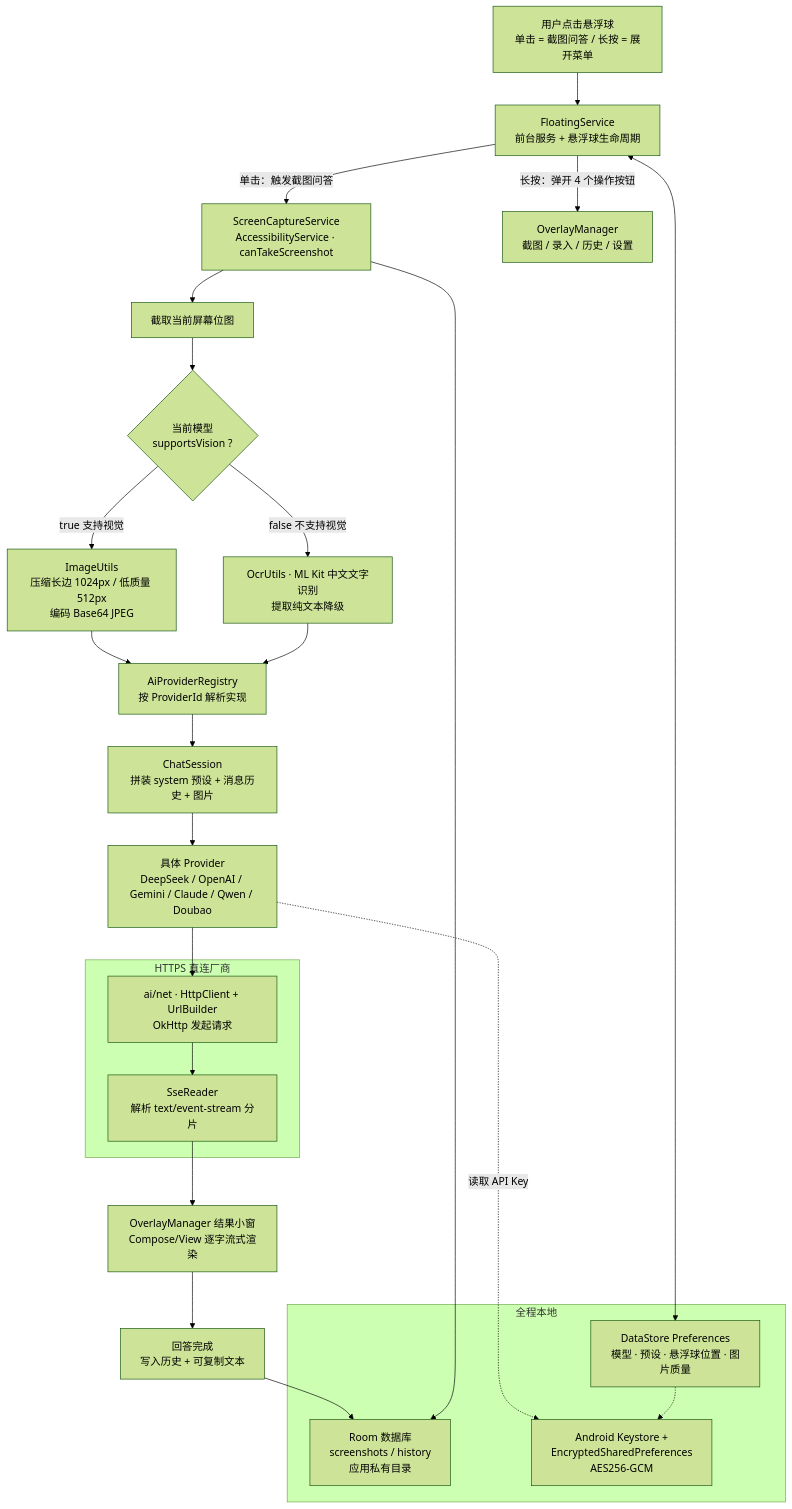
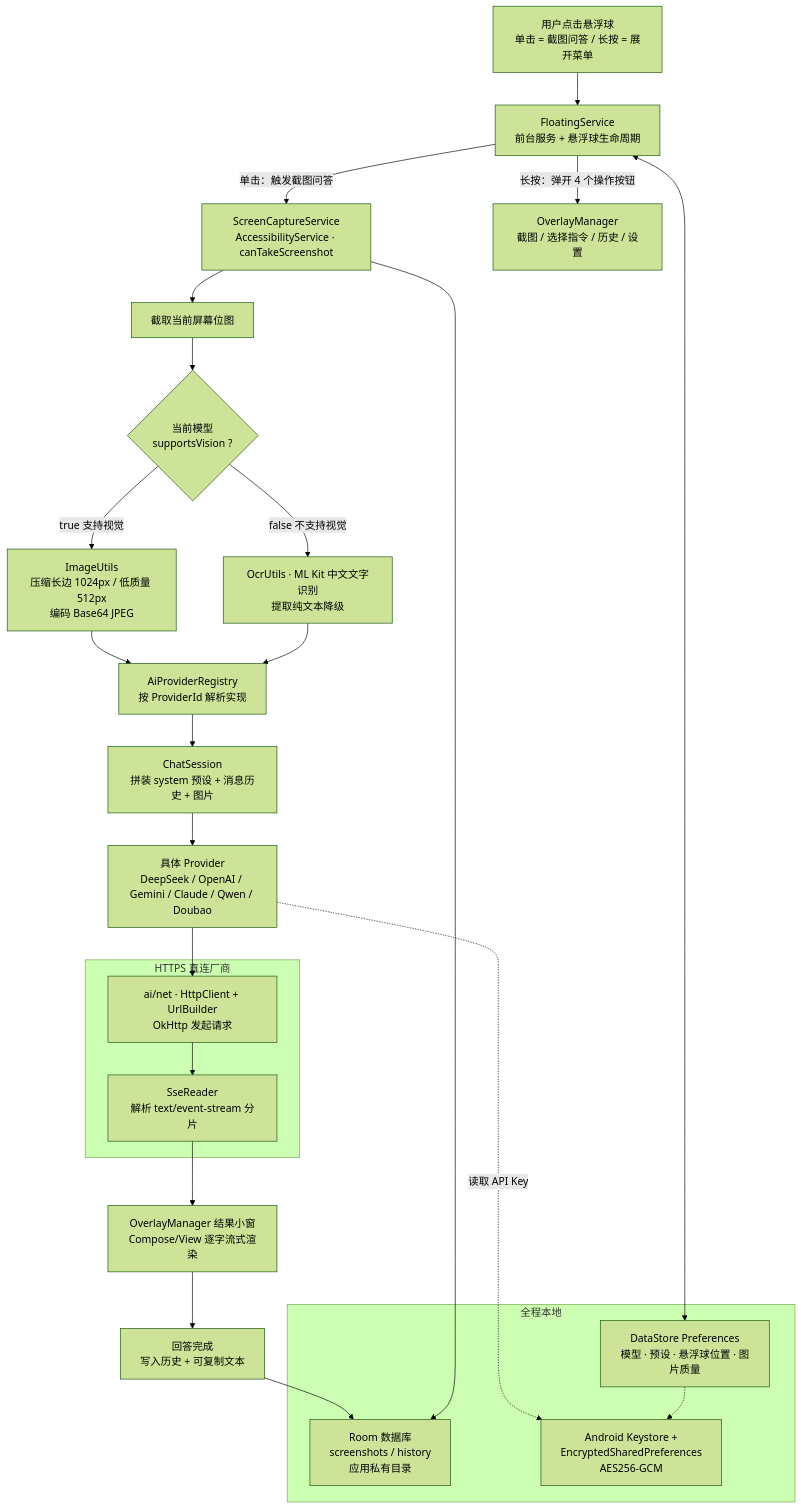
Before and after one commit to MapleYazuu/Screenshot-Ai: the diagram in README.md, drawn with Mermaid (forest theme). The commit also changed other lines of this file, not shown here.

````diff
--- a/README.md
+++ b/README.md
@@ -102,39 +102,39 @@
 ```mermaid
 flowchart TD
     U["用户点击悬浮球<br/>单击 = 截图问答 / 长按 = 展开菜单"] --> FS["FloatingService<br/>前台服务 + 悬浮球生命周期"]
     FS -->|"单击：触发截图问答"| SCS["ScreenCaptureService<br/>AccessibilityService · canTakeScreenshot"]
-    FS -->|"长按：弹开 4 个操作按钮"| OM1["OverlayManager<br/>截图 / 录入 / 历史 / 设置"]
+    FS -->|"长按：弹开 4 个操作按钮"| OM1["OverlayManager<br/>截图 / 选择指令 / 历史 / 设置"]
 
     SCS --> IMG["截取当前屏幕位图"]
     IMG --> VISION{"当前模型<br/>supportsVision ?"}
 
     VISION -->|"true 支持视觉"| IU["ImageUtils<br/>压缩长边 1024px / 低质量 512px<br/>编码 Base64 JPEG"]
     VISION -->|"false 不支持视觉"| OCR["OcrUtils · ML Kit 中文文字识别<br/>提取纯文本降级"]
 
     IU --> REG["AiProviderRegistry<br/>按 ProviderId 解析实现"]
     OCR --> REG
     REG --> SESS["ChatSession<br/>拼装 system 预设 + 消息历史 + 图片"]
     SESS --> PROV["具体 Provider<br/>DeepSeek / OpenAI / Gemini / Claude / Qwen / Doubao"]
 
     PROV --> NET["ai/net · HttpClient + UrlBuilder<br/>OkHttp 发起请求"]
     NET --> SSE["SseReader<br/>解析 text/event-stream 分片"]
     SSE --> OM2["OverlayManager 结果小窗<br/>Compose/View 逐字流式渲染"]
     OM2 --> DONE["回答完成<br/>写入历史 + 可复制文本"]
 
     DONE --> ROOM["Room 数据库<br/>screenshots / history<br/>应用私有目录"]
     SCS --> ROOM
     FS <--> DS["DataStore Preferences<br/>模型 · 预设 · 悬浮球位置 · 图片质量"]
     PROV -.->|"读取 API Key"| KEY["Android Keystore +<br/>EncryptedSharedPreferences<br/>AES256-GCM"]
     DS -.-> KEY
 
     subgraph LOCAL["全程本地"]
         ROOM
         DS
         KEY
     end
 
     subgraph REMOTE["HTTPS 直连厂商"]
         NET
         SSE
     end
 ```
````
